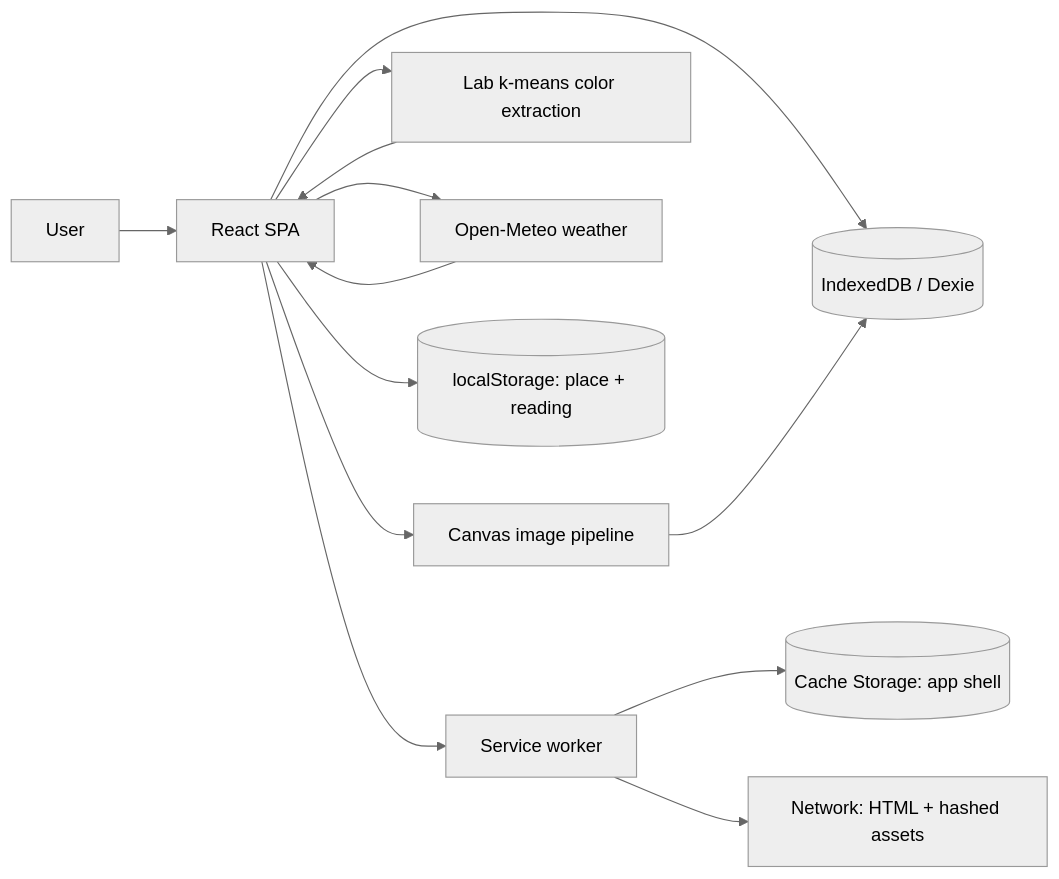
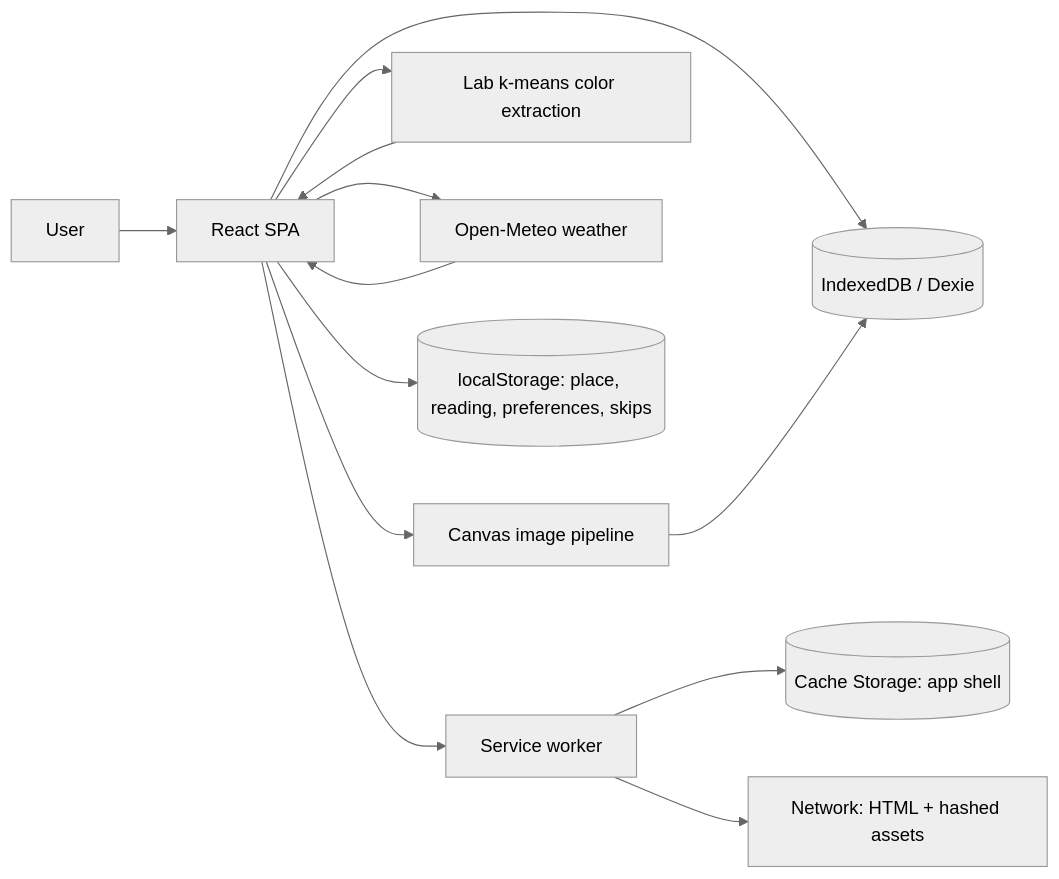
One commit to hanandibud/wardrobe changed the first of 2 diagrams in docs/architecture.md. Above: the diagram before and after it, drawn with Mermaid (neutral theme). The commit also changed other lines of this file and 12 other files, not shown here.

````diff
--- a/docs/architecture.md
+++ b/docs/architecture.md
@@ -5,15 +5,15 @@
 ```mermaid
 flowchart LR
   U[User] --> UI[React SPA]
   UI --> DB[(IndexedDB / Dexie)]
   UI --> IMG[Canvas image pipeline]
   IMG --> DB
   UI --> COLOR[Lab k-means color extraction]
   COLOR --> UI
   UI --> WX[Open-Meteo weather]
   WX --> UI
-  UI --> LS[(localStorage: place + reading)]
+  UI --> LS[(localStorage: place, reading, preferences, skips)]
   UI --> SW[Service worker]
   SW --> CACHE[(Cache Storage: app shell)]
   SW --> NET[Network: HTML + hashed assets]
 ```
````
